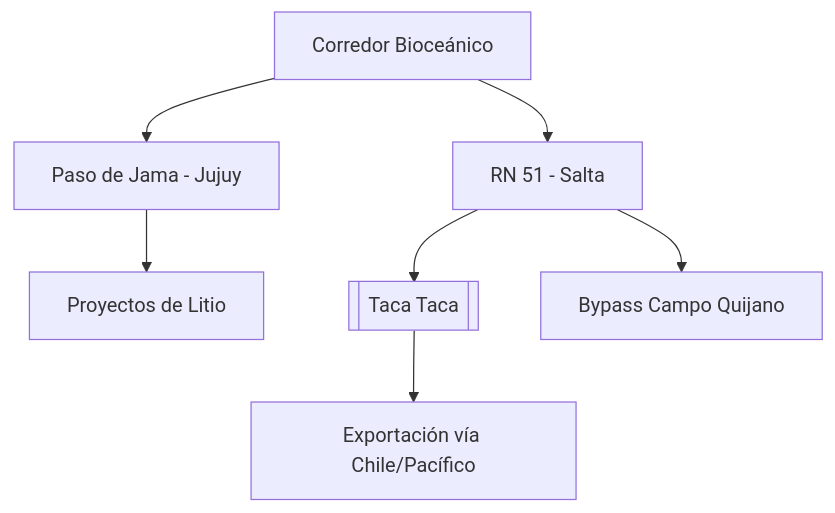
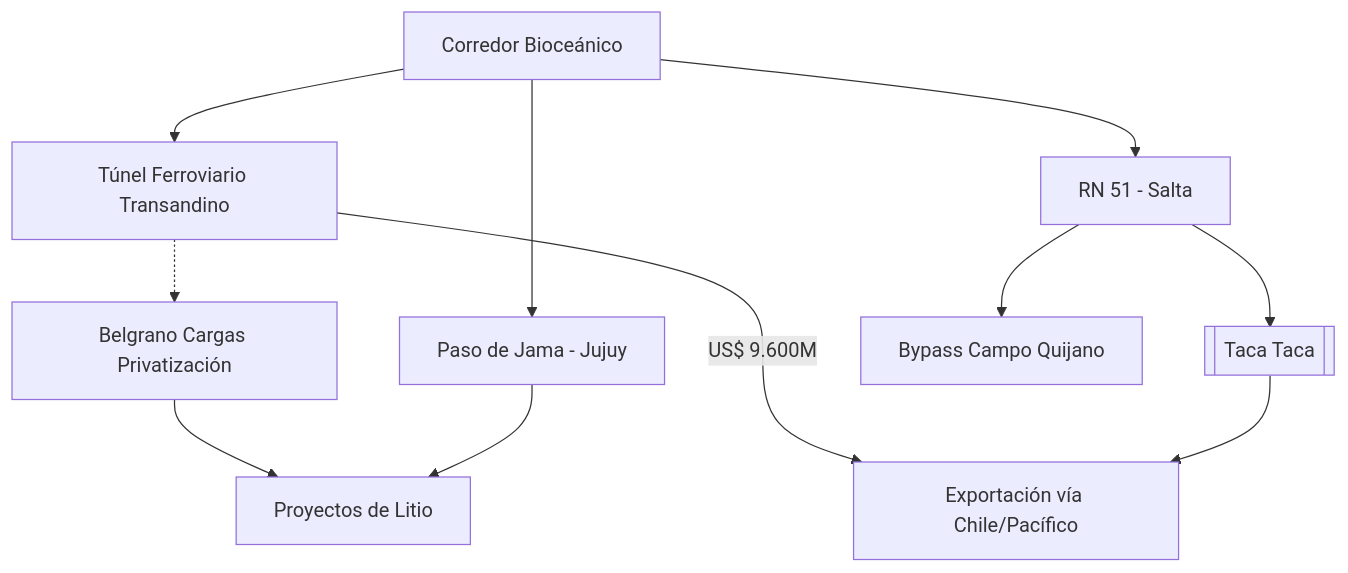
Before and after one commit to GustavoDago/argentina-mining-vault: the diagram in wiki/02 Frameworks/Corredor Bioceanico.md, drawn with Mermaid. The commit also changed other lines of this file and 7 other files, not shown here.

````diff
--- a/wiki/02 Frameworks/Corredor Bioceanico.md
+++ b/wiki/02 Frameworks/Corredor Bioceanico.md
@@ -35,9 +36,13 @@
 ```mermaid
 graph TD
     A[Corredor Bioceánico] --> B[Paso de Jama - Jujuy]
     A --> C[RN 51 - Salta]
+    A --> H[Túnel Ferroviario Transandino]
+    H --> |US$ 9.600M| E
+    H -.-> I[Belgrano Cargas Privatización]
+    I --> F
     C --> D[[Taca Taca]]
     D --> E[Exportación vía Chile/Pacífico]
     B --> F[Proyectos de Litio]
     C --> G[Bypass Campo Quijano]
 ```
````
